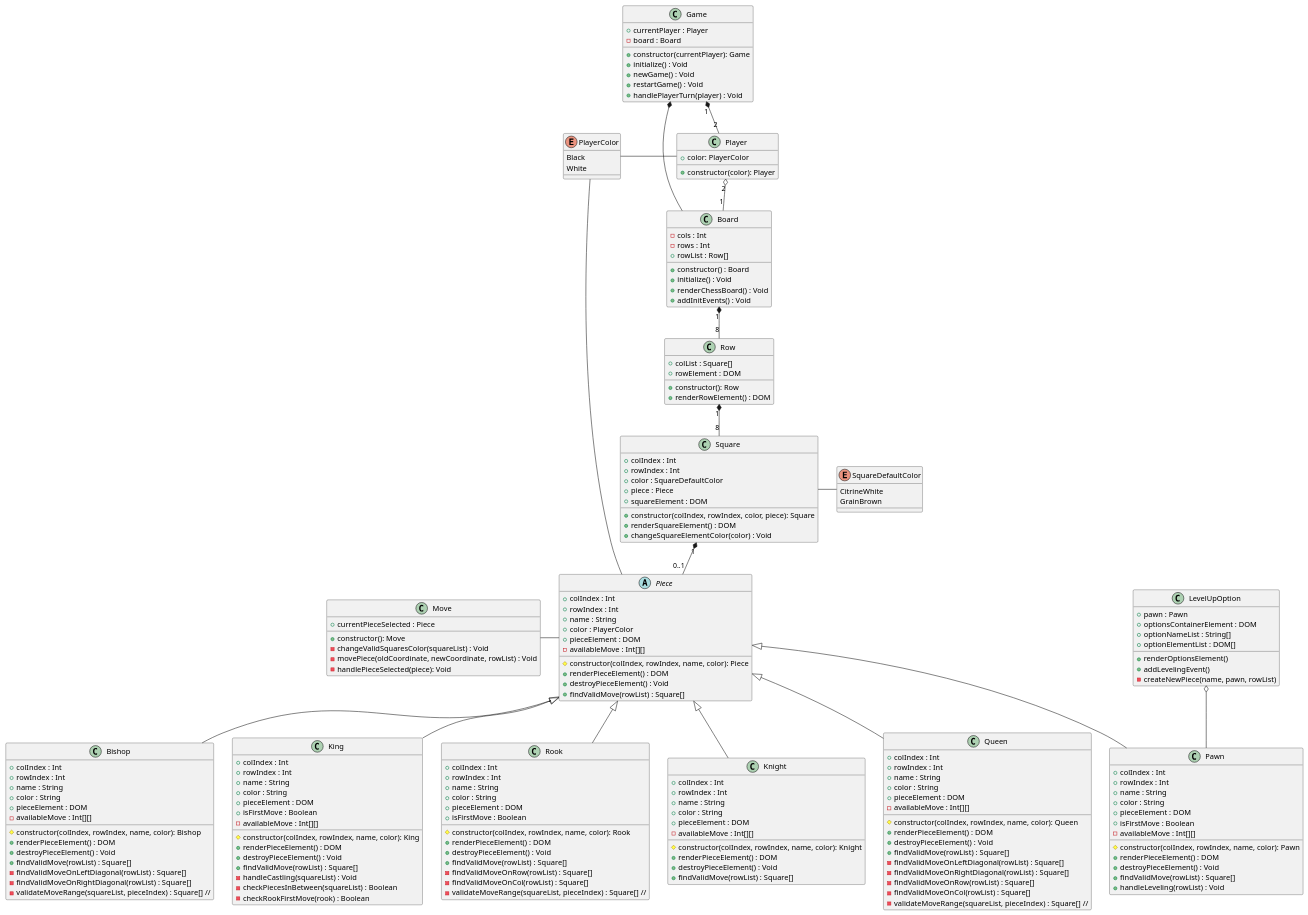
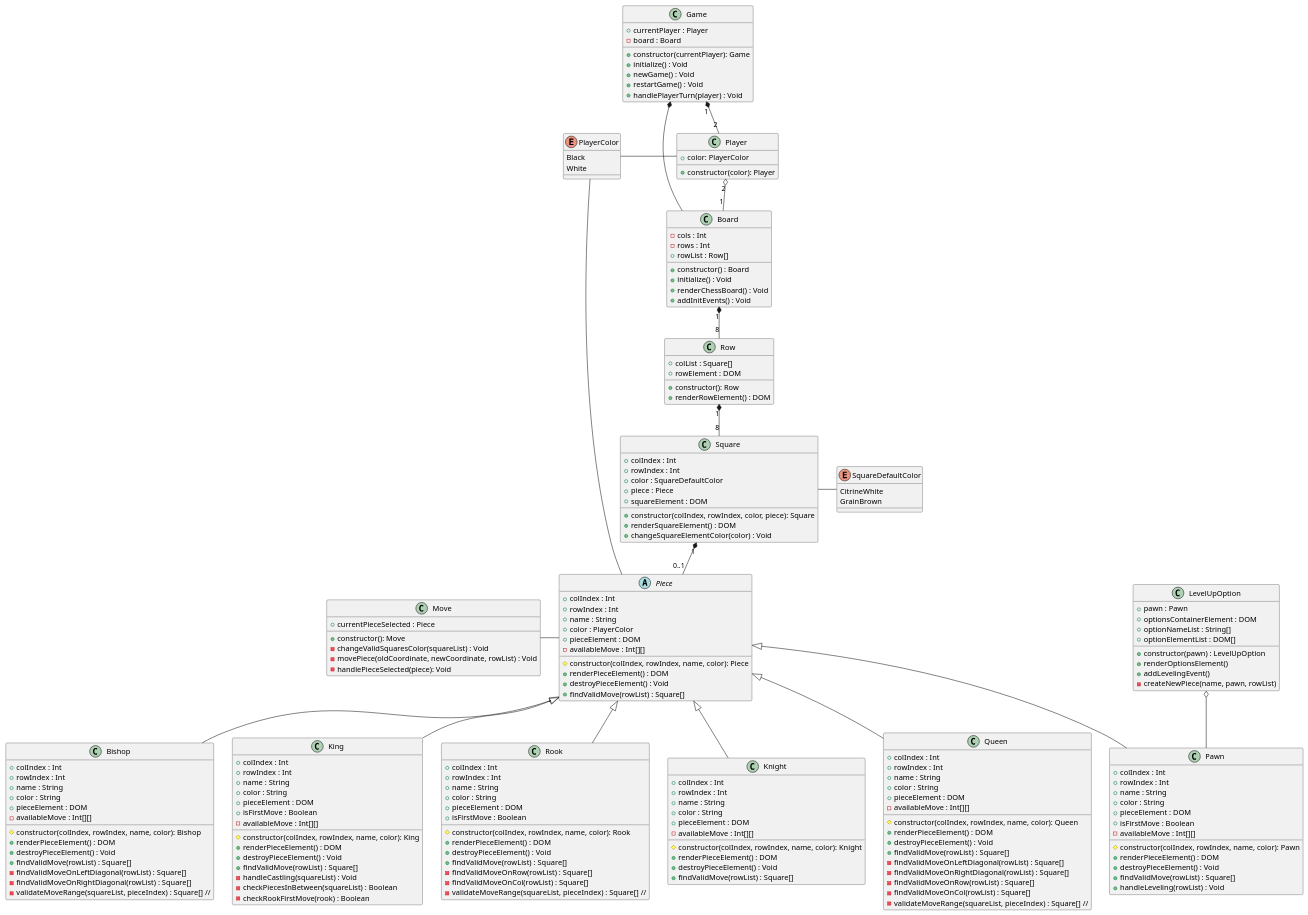
One commit to arcatuka/ChessUDT changed the diagram in Assets/UML/class.plantuml. Above: the diagram before and after it, drawn with PlantUML. The commit also changed 20 other files, not shown here.

```diff
--- a/Assets/UML/class.plantuml
+++ b/Assets/UML/class.plantuml
@@ -169,6 +169,7 @@
     + optionNameList : String[]
     + optionElementList : DOM[]
 
+    + constructor(pawn) : LevelUpOption
     + renderOptionsElement()
     + addLevelingEvent()
     - createNewPiece(name, pawn, rowList)
```
